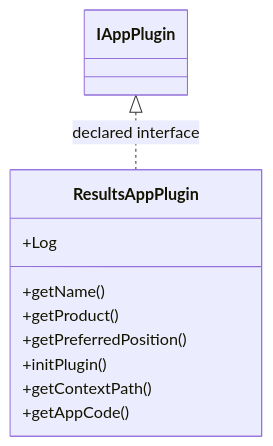
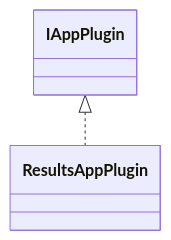
One commit to haruperi/HaruQuantAI changed the diagram in docs/sqx/Results/AppResults.md. Above: the diagram before and after it, drawn with Mermaid. The commit also changed other lines of this file and 1688 other files, not shown here.

````diff
--- a/docs/sqx/Results/AppResults.md
+++ b/docs/sqx/Results/AppResults.md
@@ -30,14 +26,6 @@
 ```mermaid
 classDiagram
-    class Ca1695286253f["ResultsAppPlugin"] {
-        +Log
-        +getName()
-        +getProduct()
-        +getPreferredPosition()
-        +initPlugin()
-        +getContextPath()
-        +getAppCode()
-    }
-    class C71ae2af47347["IAppPlugin"]
-    C71ae2af47347 <|.. Ca1695286253f : declared interface
+    class C0["ResultsAppPlugin"]
+    class E0["IAppPlugin"]
+    E0 <|.. C0
 ```
````
